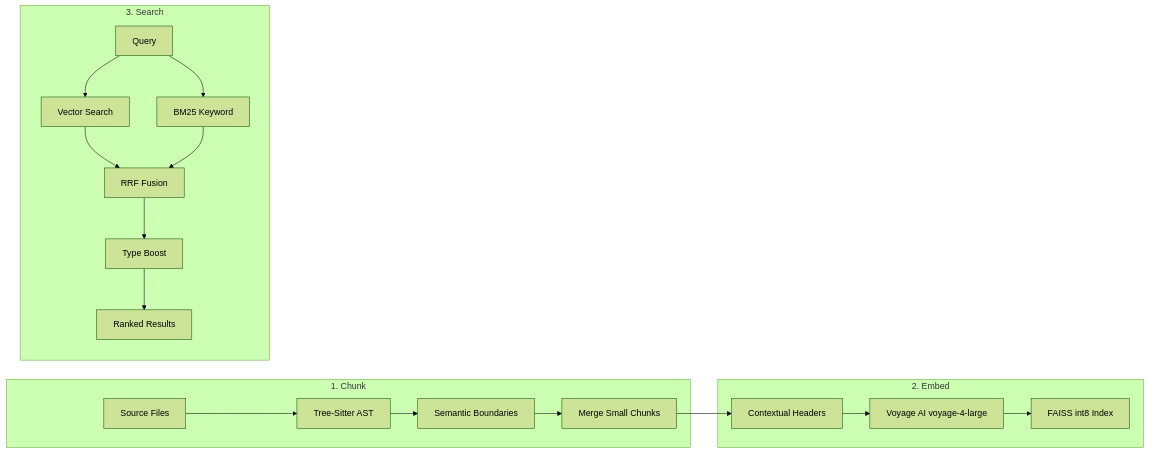
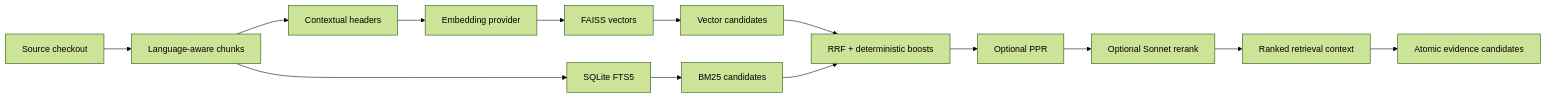
One commit to brandyn-s/code-search changed the diagram in README.md. Above: the diagram before and after it, drawn with Mermaid (forest theme). The commit also changed other lines of this file and 2 other files, not shown here.

Commit message:
docs: reconcile current code search architecture (#284)

````diff
--- a/README.md
+++ b/README.md
@@ -17,21 +52,16 @@
 ```mermaid
 flowchart LR
-    subgraph Chunk["1. Chunk"]
-        A[Source Files] --> B[Tree-Sitter AST]
-        B --> C[Semantic Boundaries]
-        C --> D[Merge Small Chunks]
-    end
-    subgraph Embed["2. Embed"]
-        D --> E[Contextual Headers]
-        E --> F[Voyage AI voyage-4-large]
-        F --> G[FAISS int8 Index]
-    end
-    subgraph Search["3. Search"]
-        H[Query] --> I[Vector Search]
-        H --> J[BM25 Keyword]
-        I --> K[RRF Fusion]
-        J --> K
-        K --> L[Type Boost]
-        L --> M[Ranked Results]
-    end
+    A[Source checkout] --> B[Language-aware chunks]
+    B --> C[Contextual headers]
+    C --> D[Embedding provider]
+    D --> E[FAISS vectors]
+    B --> F[SQLite FTS5]
+    E --> G[Vector candidates]
+    F --> H[BM25 candidates]
+    G --> I[RRF + deterministic boosts]
+    H --> I
+    I --> J[Optional PPR]
+    J --> K[Optional Sonnet rerank]
+    K --> L[Ranked retrieval context]
+    L --> M[Atomic evidence candidates]
 ```
````
